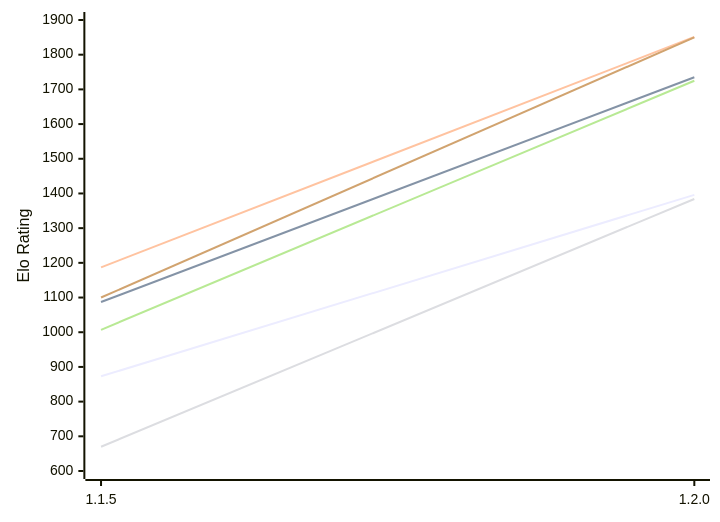
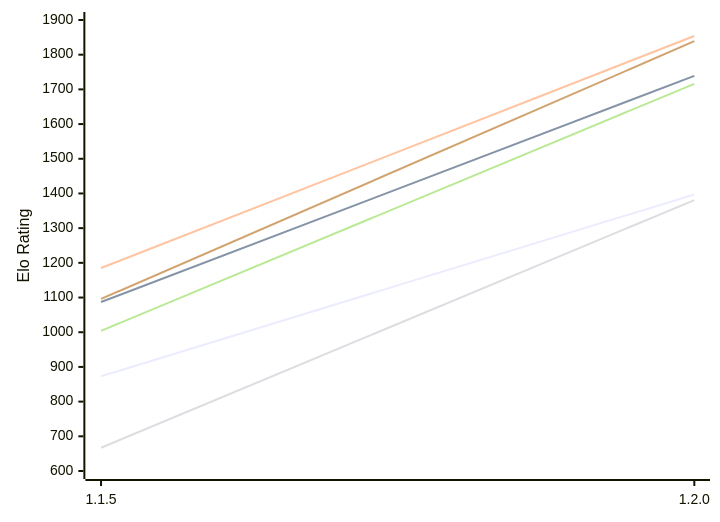
One commit to computer-chess-index/cci changed the first of 2 diagrams in engines/ChessCore.md. Above: the diagram before and after it, drawn with Mermaid. The commit also changed other lines of this file, not shown here.

Commit message:
Update CCI Ratings (ELO VLTC) - 2026-11-22

````diff
--- a/engines/ChessCore.md
+++ b/engines/ChessCore.md
@@ -53,12 +53,12 @@
 ```mermaid
 %%{init: {"theme":"base","themeVariables":{"seriesColors:['#a3a3a3','#222221','#faa371']}}}%%
 xychart-beta
   x-axis ["1.1.5", "1.2.0"]
   y-axis "Elo Rating" 600 --> 1900
-  line "E1: STC (8.0+0.08s)" [873, 1396]
-  line "E1: LTC (60.0+0.60s)" [1087, 1735]
-  line "E1: VLTC (2m24s+1.12s)" [1187, 1851]
-  line "P1: STC (8.0+0.08s)" [670, 1384]
-  line "P1: LTC (60.0+0.60s)" [1007, 1725]
-  line "P1: VLTC (2m24s+1.12s)" [1100, 1850]
+  line "E1: STC (8.0+0.08s)" [873, 1397]
+  line "E1: LTC (60.0+0.60s)" [1087, 1739]
+  line "E1: VLTC (2m24s+1.12s)" [1185, 1854]
+  line "P1: STC (8.0+0.08s)" [667, 1381]
+  line "P1: LTC (60.0+0.60s)" [1004, 1716]
+  line "P1: VLTC (2m24s+1.12s)" [1096, 1839]
 ```
````
